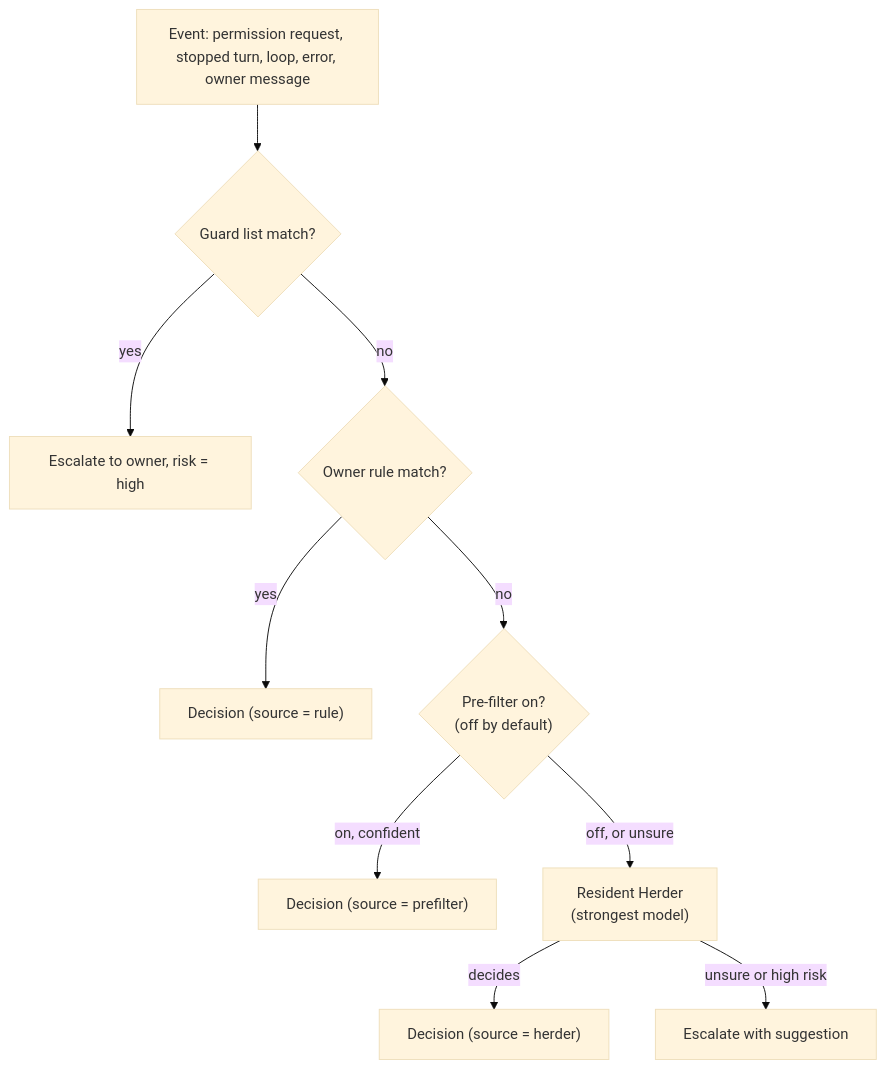
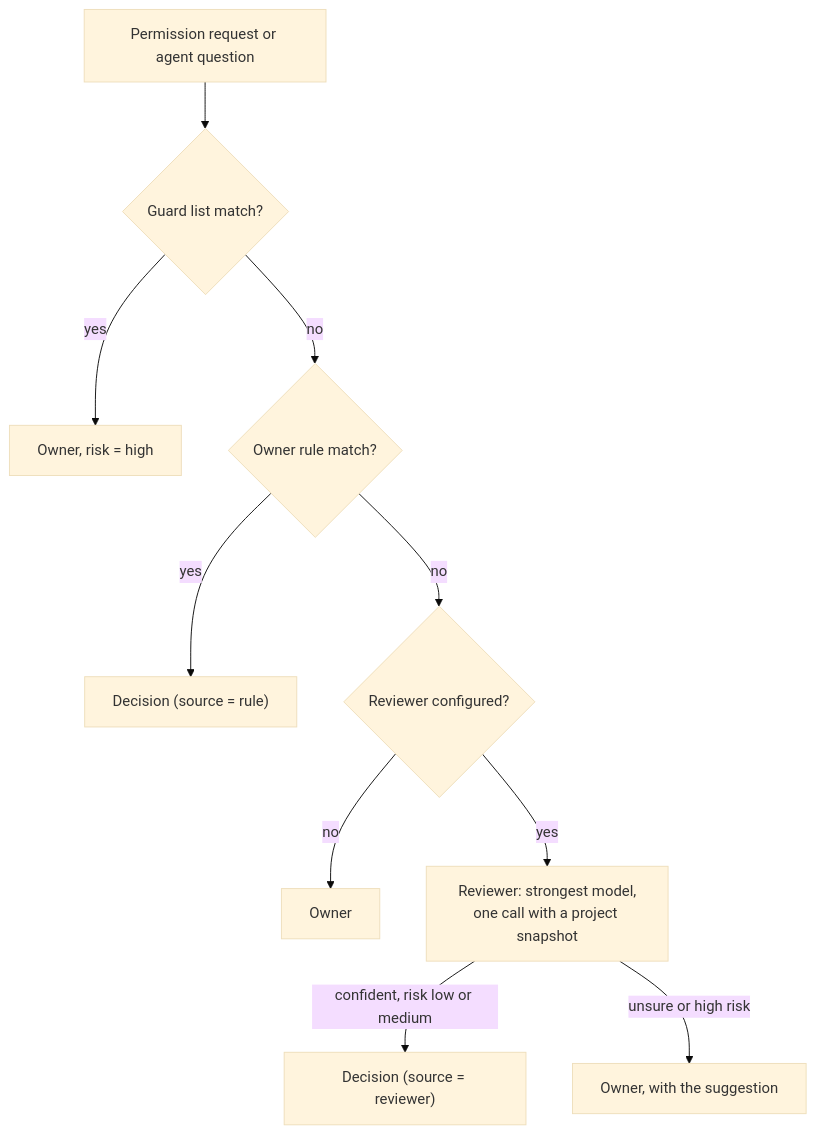
The second of 2 diagrams in docs/spec/04-herder.md (Dopetaiga/AgentHerd), drawn with Mermaid (base theme) before and after one commit. The commit also changed other lines of this file and 22 other files, not shown here.

First line of the commit message:
docs: Herder becomes one light-model secretary; approvals move to a separate pipeline

````diff
--- a/docs/spec/04-herder.md
+++ b/docs/spec/04-herder.md
@@ -16,12 +174,12 @@
 ```mermaid
 flowchart TD
-  E["Event: permission request, stopped turn, loop, error, owner message"] --> G{"Guard list match?"}
-  G -- yes --> H["Escalate to owner, risk = high"]
-  G -- no --> L0{"Owner rule match?"}
-  L0 -- yes --> D["Decision (source = rule)"]
-  L0 -- no --> PF{"Pre-filter on?<br/>(off by default)"}
-  PF -- "on, confident" --> D1["Decision (source = prefilter)"]
-  PF -- "off, or unsure" --> HD["Resident Herder<br/>(strongest model)"]
-  HD -- "decides" --> D2["Decision (source = herder)"]
-  HD -- "unsure or high risk" --> H2["Escalate with suggestion"]
+  E["Permission request or agent question"] --> G{"Guard list match?"}
+  G -- yes --> O["Owner, risk = high"]
+  G -- no --> R{"Owner rule match?"}
+  R -- yes --> D["Decision (source = rule)"]
+  R -- no --> RV{"Reviewer configured?"}
+  RV -- no --> O2["Owner"]
+  RV -- yes --> M["Reviewer: strongest model,<br/>one call with a project snapshot"]
+  M -- "confident, risk low or medium" --> D2["Decision (source = reviewer)"]
+  M -- "unsure or high risk" --> O3["Owner, with the suggestion"]
 ```
````
